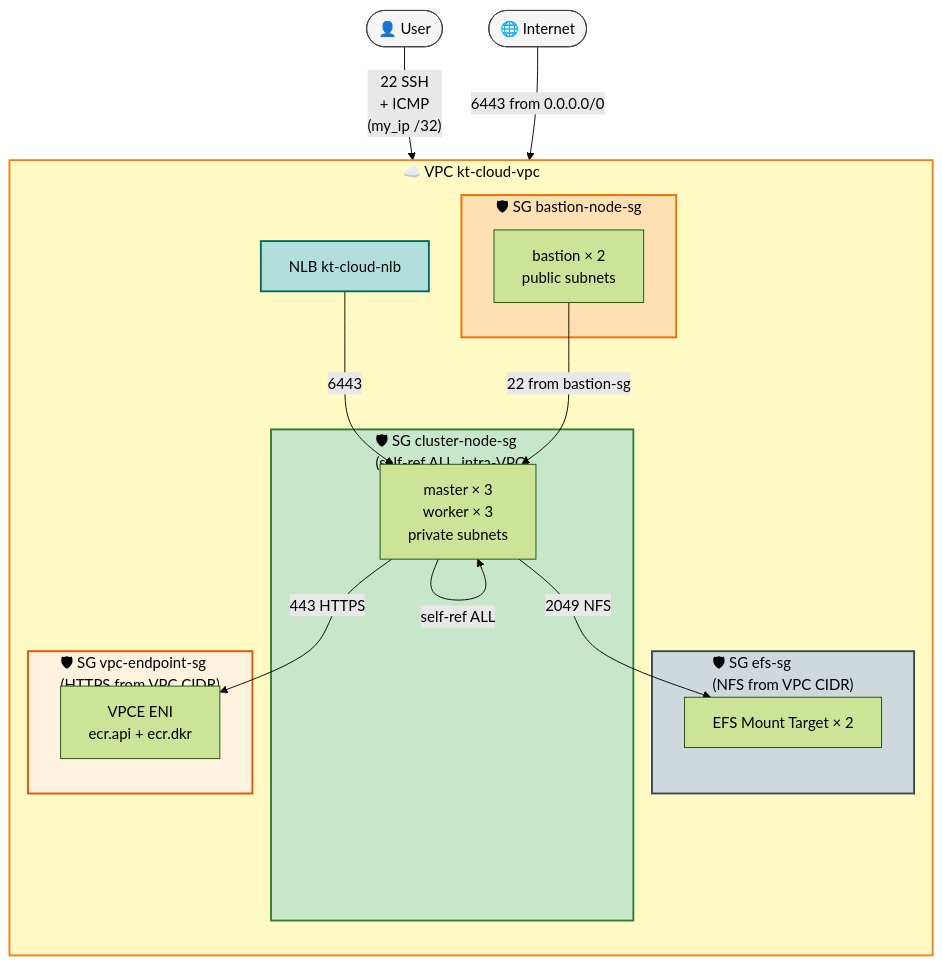
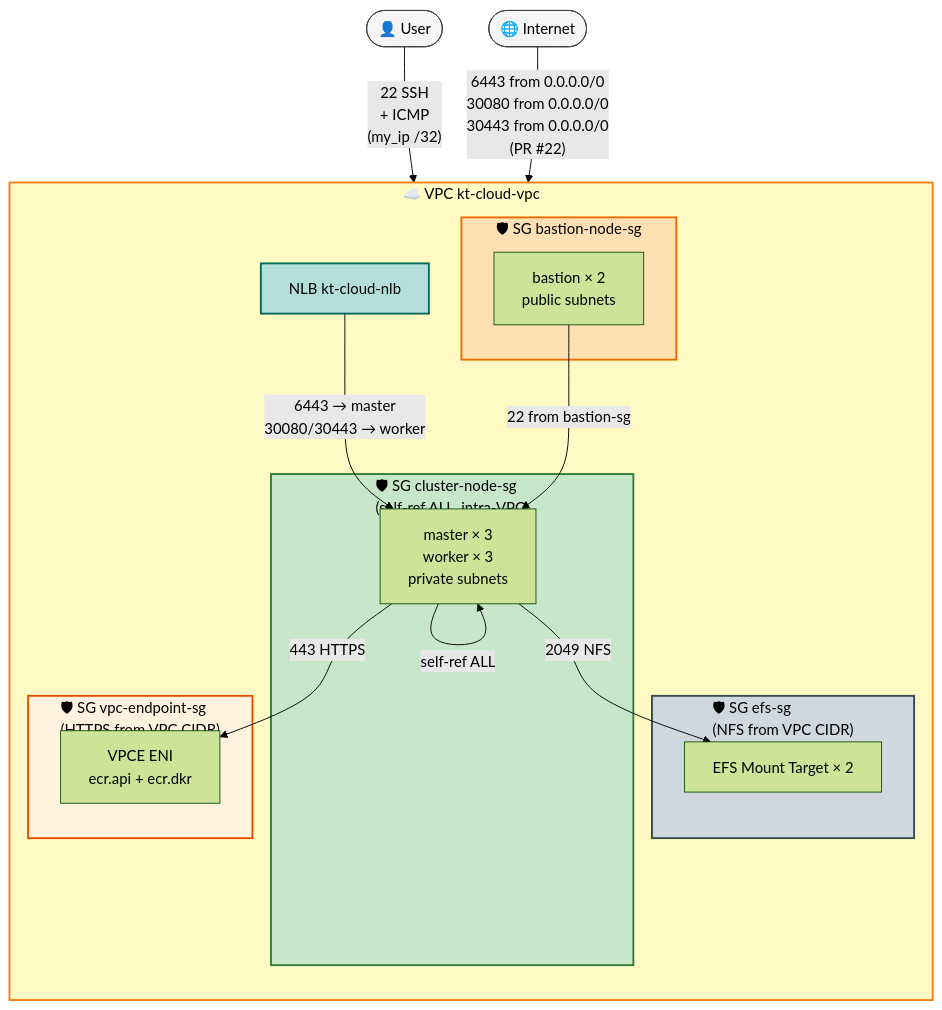
Before and after one commit to KTCloud-CloudNative-Troica-Team/msa-argocd-manifest: the third of 7 diagrams in docs/images/AWS-architecture.md, drawn with Mermaid (forest theme). The commit also changed other lines of this file, not shown here.

First line of the commit message:
docs(images): AWS-architecture.md PR #22 + R-59 변경 반영

````diff
--- a/docs/images/AWS-architecture.md
+++ b/docs/images/AWS-architecture.md
@@ -191,51 +200,51 @@
 ```mermaid
 flowchart TB
   User([👤 User])
   Internet([🌐 Internet])
 
   subgraph VPC["☁️ VPC kt-cloud-vpc"]
     direction TB
 
     subgraph SGBastion["🛡 SG bastion-node-sg"]
       Bastion["bastion × 2<br/>public subnets"]
     end
 
     subgraph SGCluster["🛡 SG cluster-node-sg<br/>(self-ref ALL, intra-VPC)"]
       ClusterNodes["master × 3<br/>worker × 3<br/>private subnets"]
     end
 
     subgraph SGEFS["🛡 SG efs-sg<br/>(NFS from VPC CIDR)"]
       EFSMounts["EFS Mount Target × 2"]
     end
 
     subgraph SGVPCE["🛡 SG vpc-endpoint-sg<br/>(HTTPS from VPC CIDR)"]
       VPCEs["VPCE ENI<br/>ecr.api + ecr.dkr"]
     end
 
     NLB["NLB kt-cloud-nlb"]
   end
 
   User -->|"22 SSH<br/>+ ICMP<br/>(my_ip /32)"| Bastion
-  Internet -->|"6443 from 0.0.0.0/0"| NLB
-  NLB -->|"6443"| ClusterNodes
+  Internet -->|"6443 from 0.0.0.0/0<br/>30080 from 0.0.0.0/0<br/>30443 from 0.0.0.0/0<br/>(PR #22)"| NLB
+  NLB -->|"6443 → master<br/>30080/30443 → worker"| ClusterNodes
   Bastion -->|"22 from bastion-sg"| ClusterNodes
   ClusterNodes -->|"self-ref ALL"| ClusterNodes
   ClusterNodes -->|"2049 NFS"| EFSMounts
   ClusterNodes -->|"443 HTTPS"| VPCEs
 
   classDef vpc fill:#fff9c4,stroke:#f57f17,stroke-width:2px,color:#000
   classDef sgBastion fill:#ffe0b2,stroke:#ef6c00,stroke-width:2px,color:#000
   classDef sgCluster fill:#c8e6c9,stroke:#2e7d32,stroke-width:2px,color:#000
   classDef sgEFS fill:#cfd8dc,stroke:#37474f,stroke-width:2px,color:#000
   classDef sgVPCE fill:#fff3e0,stroke:#e65100,stroke-width:2px,color:#000
   classDef nlb fill:#b2dfdb,stroke:#00695c,stroke-width:2px,color:#000
   classDef ext fill:#f5f5f5,stroke:#424242,color:#000
 
   class VPC vpc
   class SGBastion sgBastion
   class SGCluster sgCluster
   class SGEFS sgEFS
   class SGVPCE sgVPCE
   class NLB nlb
   class User,Internet ext
 ```
````
